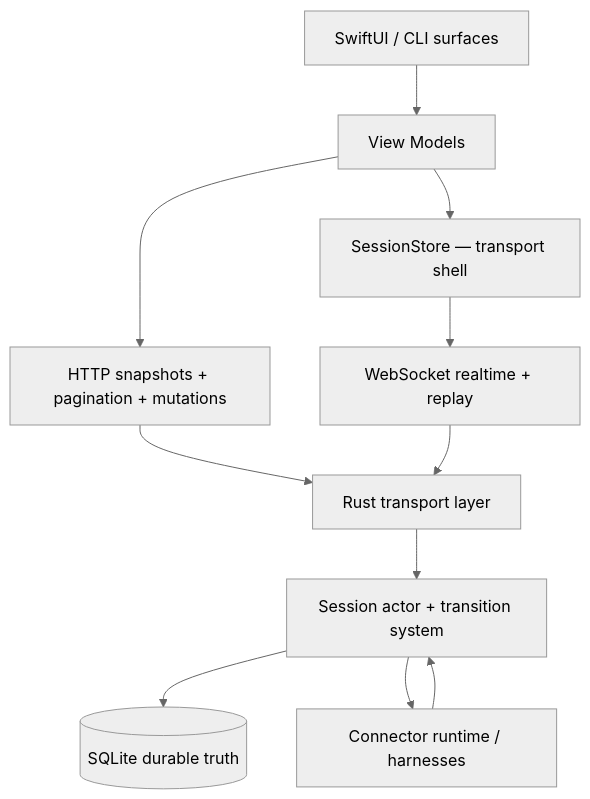
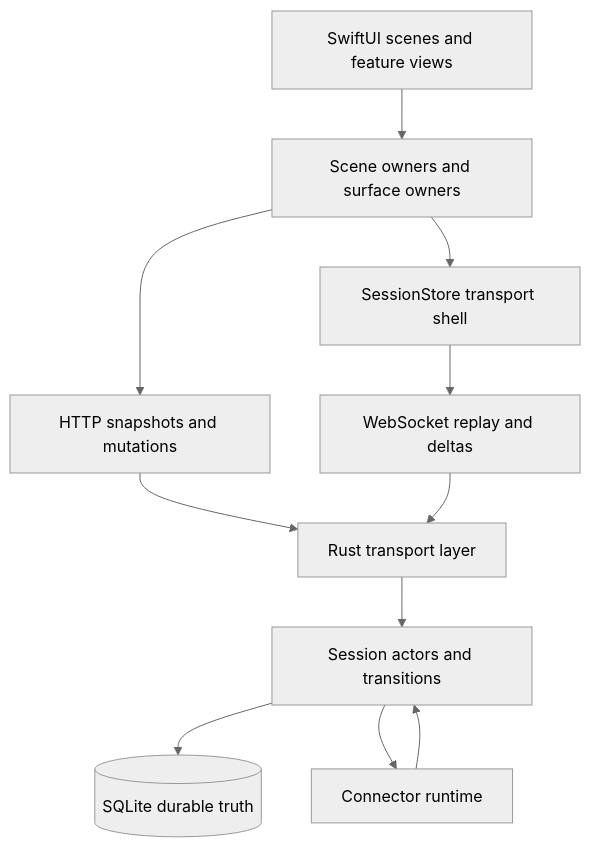
The diagram in docs/data-flow.md (Robdel12/OrbitDock), drawn with Mermaid (neutral theme) before and after one commit. The commit also changed other lines of this file and 4 other files, not shown here.

First line of the commit message:
📝 refresh native architecture guidance

````diff
--- a/docs/data-flow.md
+++ b/docs/data-flow.md
@@ -22,25 +102,24 @@
 ```mermaid
 flowchart TD
-    UI[SwiftUI / CLI surfaces]
-    VM[View Models]
-    SS[SessionStore — transport shell]
-    WS[WebSocket realtime + replay]
-    HTTP[HTTP snapshots + pagination + mutations]
+    UI[SwiftUI scenes and feature views]
+    OWNERS[Scene owners and surface owners]
+    SS[SessionStore transport shell]
+    WS[WebSocket replay and deltas]
+    HTTP[HTTP snapshots and mutations]
     API[Rust transport layer]
-    DOMAIN[Session actor + transition system]
+    DOMAIN[Session actors and transitions]
     DB[(SQLite durable truth)]
-    RT[Connector runtime / harnesses]
+    RT[Connector runtime]
 
-    UI --> VM
-    VM --> SS
-
-    VM --> HTTP
+    UI --> OWNERS
+    OWNERS --> SS
+    OWNERS --> HTTP
     SS --> WS
 
     HTTP --> API
     WS --> API
     API --> DOMAIN
     DOMAIN --> DB
     DOMAIN --> RT
     RT --> DOMAIN
 ```
````
